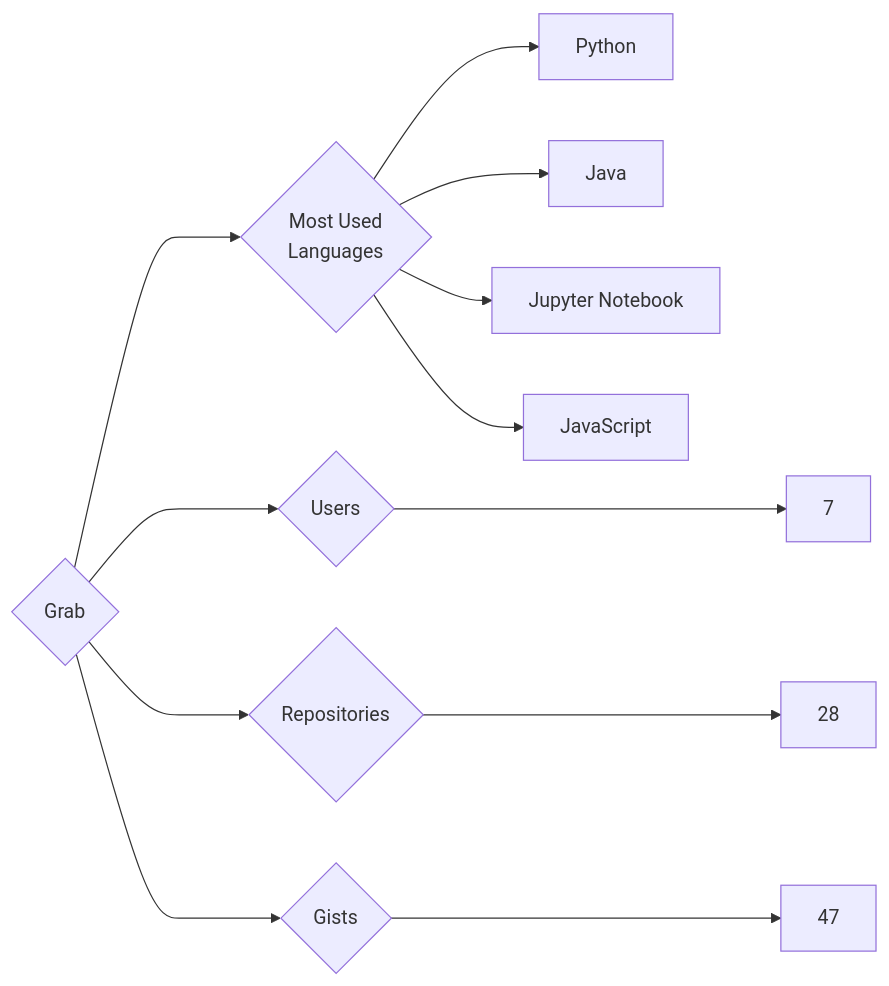
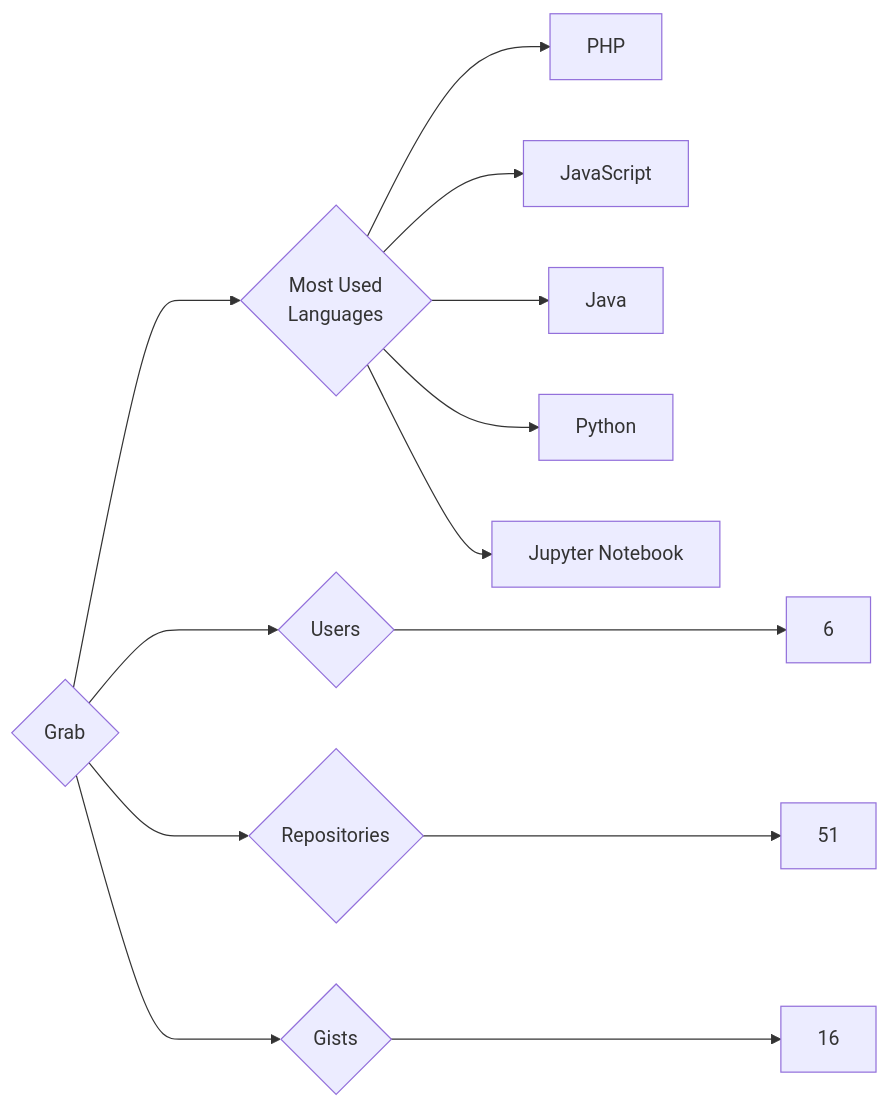
The diagram in targets/Grab/README.md (trickest/insiders), drawn with Mermaid before and after one commit. The commit also changed 938 other files, not shown here.

````diff
--- a/targets/Grab/README.md
+++ b/targets/Grab/README.md
@@ -3,12 +3,13 @@
 ```mermaid
 graph LR
 COMPANY_NAME{Grab}
-COMPANY_NAME ---> U{Users} ---> UN[7]
-COMPANY_NAME ---> R{Repositories} ---> RN[28]
-COMPANY_NAME ---> G{Gists} ---> GN[47]
+COMPANY_NAME ---> U{Users} ---> UN[6]
+COMPANY_NAME ---> R{Repositories} ---> RN[51]
+COMPANY_NAME ---> G{Gists} ---> GN[16]
 COMPANY_NAME ---> ML{Most Used<br>Languages}
+ML --> PHP[PHP]
+ML --> JavaScript[JavaScript]
+ML --> Java[Java]
 ML --> Python[Python]
-ML --> Java[Java]
 ML --> Jupyter_Notebook[Jupyter Notebook]
-ML --> JavaScript[JavaScript]
 ```
````
